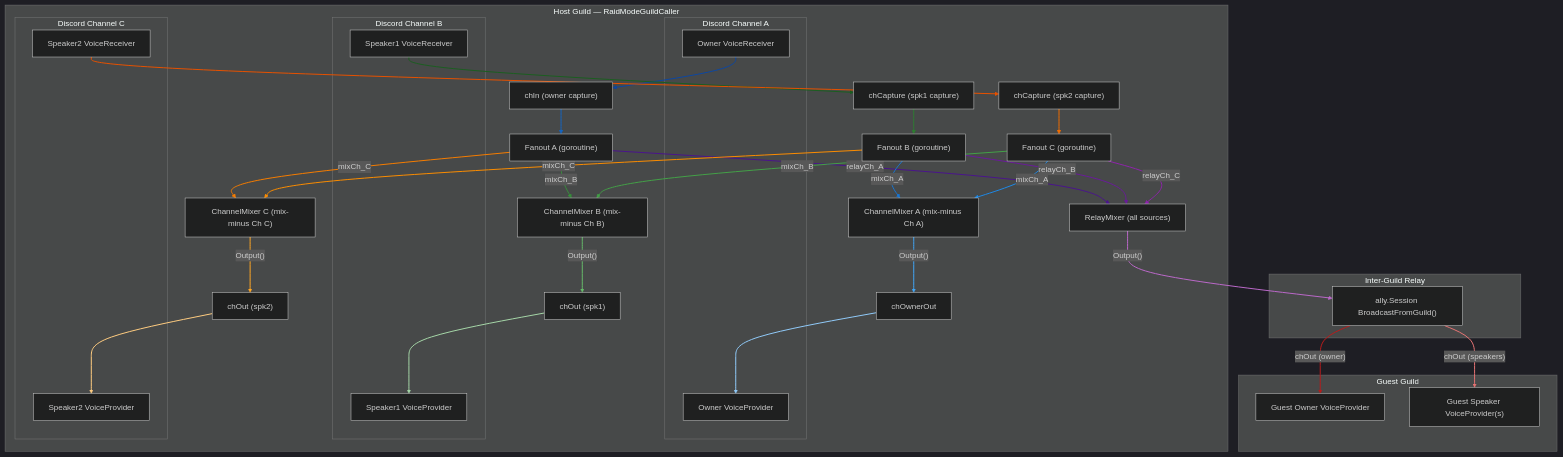
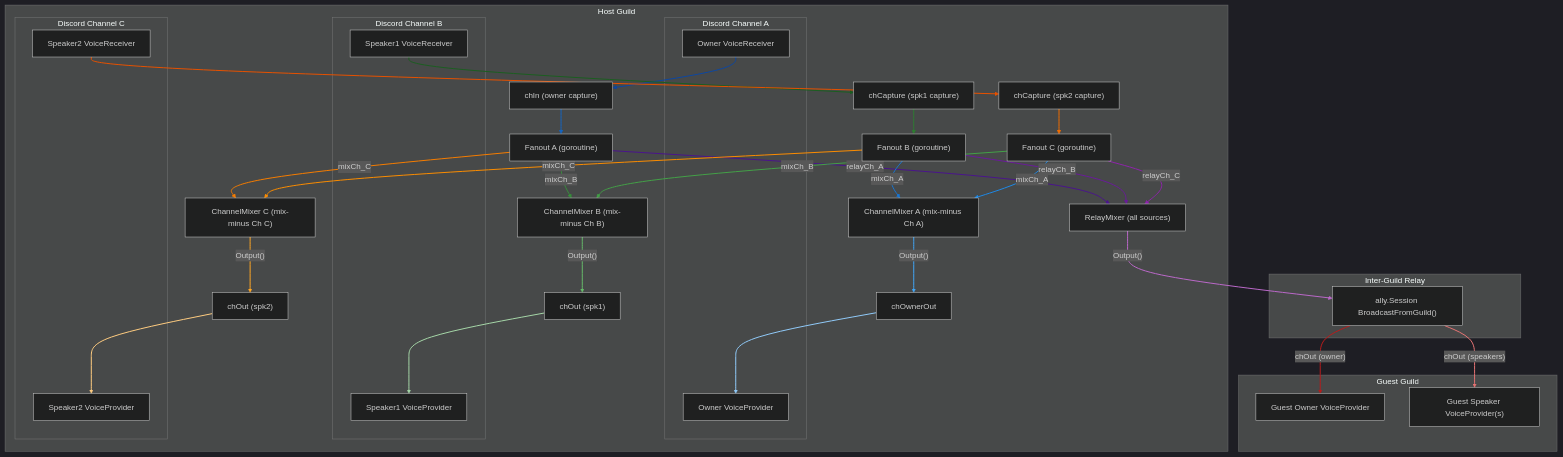
Before and after one commit to sealbro/go-discord-caller: the second of 5 diagrams in VOICE_FLOW.md, drawn with Mermaid (dark theme). The commit also changed other lines of this file and 5 other files, not shown here.

Commit message:
feat: optimize audio flow by implementing direct passthrough and star topology for voice raids

````diff
--- a/VOICE_FLOW.md
+++ b/VOICE_FLOW.md
@@ -105,6 +93,6 @@
 ```mermaid
 flowchart TD
-    subgraph HOST_GUILD["Host Guild — RaidModeGuildCaller"]
+    subgraph HOST_GUILD["Host Guild"]
         subgraph ChA["Discord Channel A"]
             OwnerVR["Owner VoiceReceiver"]
             OwnerVP["Owner VoiceProvider"]
````
